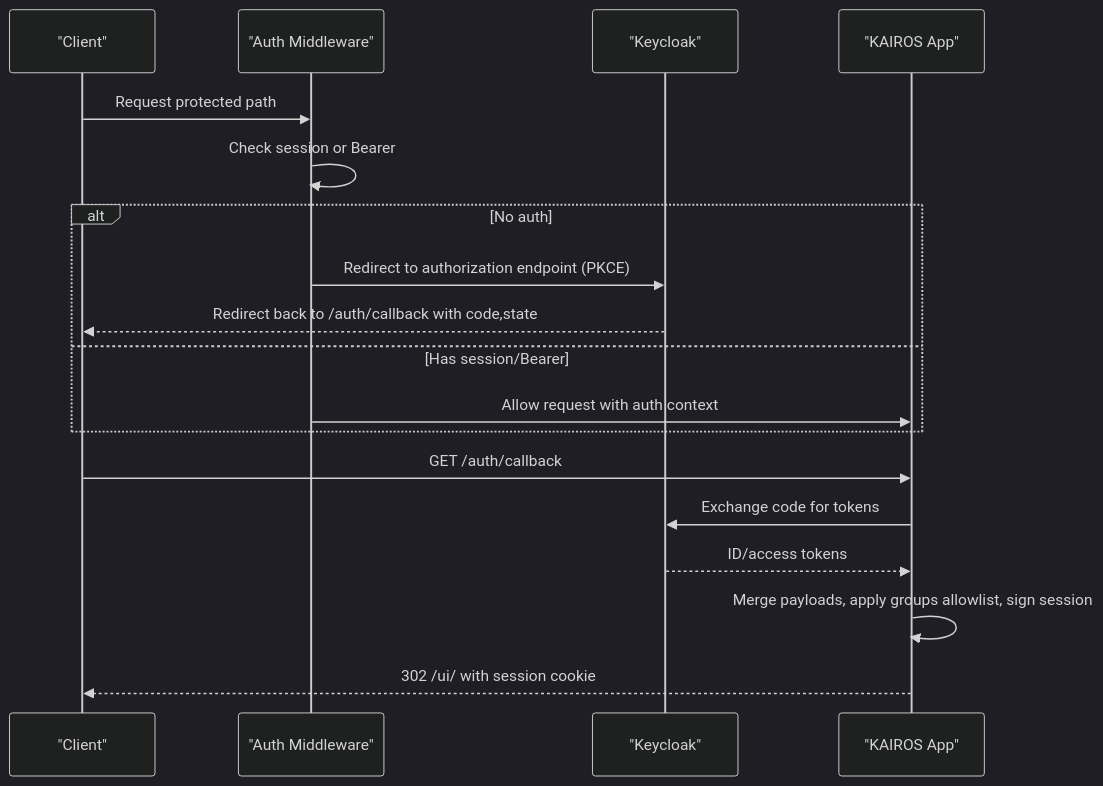
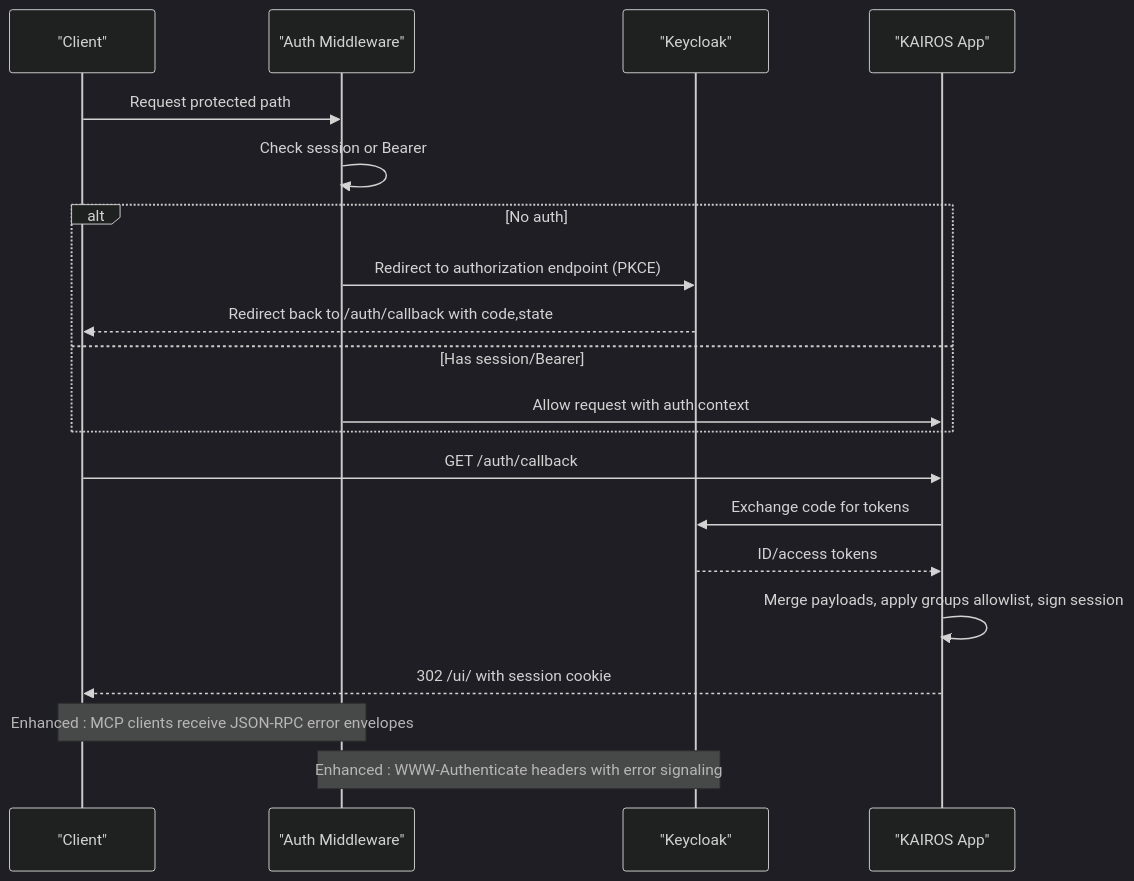
One commit to debian777/kairos-mcp changed the second of 14 diagrams in .qoder/repowiki/en/content/Core Services/Authentication & Authorization/Authentication & Authorization.md. Above: the diagram before and after it, drawn with Mermaid (dark theme). The commit also changed other lines of this file and 17 other files, not shown here.

````diff
--- a/.qoder/repowiki/en/content/Core Services/Authentication & Authorization/Authentication & Authorization.md
+++ b/.qoder/repowiki/en/content/Core Services/Authentication & Authorization/Authentication & Authorization.md
@@ -138,20 +183,22 @@
 ```mermaid
 sequenceDiagram
 participant Client as "Client"
 participant MW as "Auth Middleware"
 participant OIDC as "Keycloak"
 participant APP as "KAIROS App"
 Client->>MW : Request protected path
 MW->>MW : Check session or Bearer
 alt No auth
 MW->>OIDC : Redirect to authorization endpoint (PKCE)
 OIDC-->>Client : Redirect back to /auth/callback with code,state
 else Has session/Bearer
 MW->>APP : Allow request with auth context
 end
 Client->>APP : GET /auth/callback
 APP->>OIDC : Exchange code for tokens
 OIDC-->>APP : ID/access tokens
 APP->>APP : Merge payloads, apply groups allowlist, sign session
 APP-->>Client : 302 /ui/ with session cookie
+Note over Client,MW : Enhanced : MCP clients receive JSON-RPC error envelopes
+Note over MW,OIDC : Enhanced : WWW-Authenticate headers with error signaling
 ```
````
